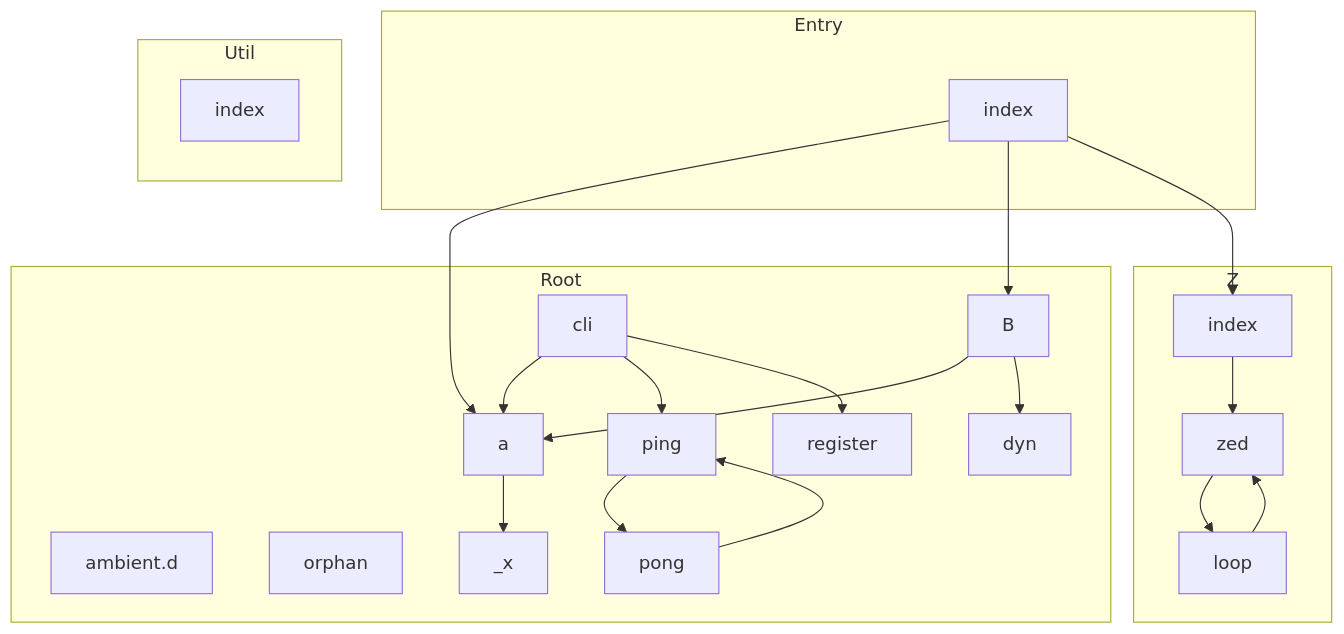
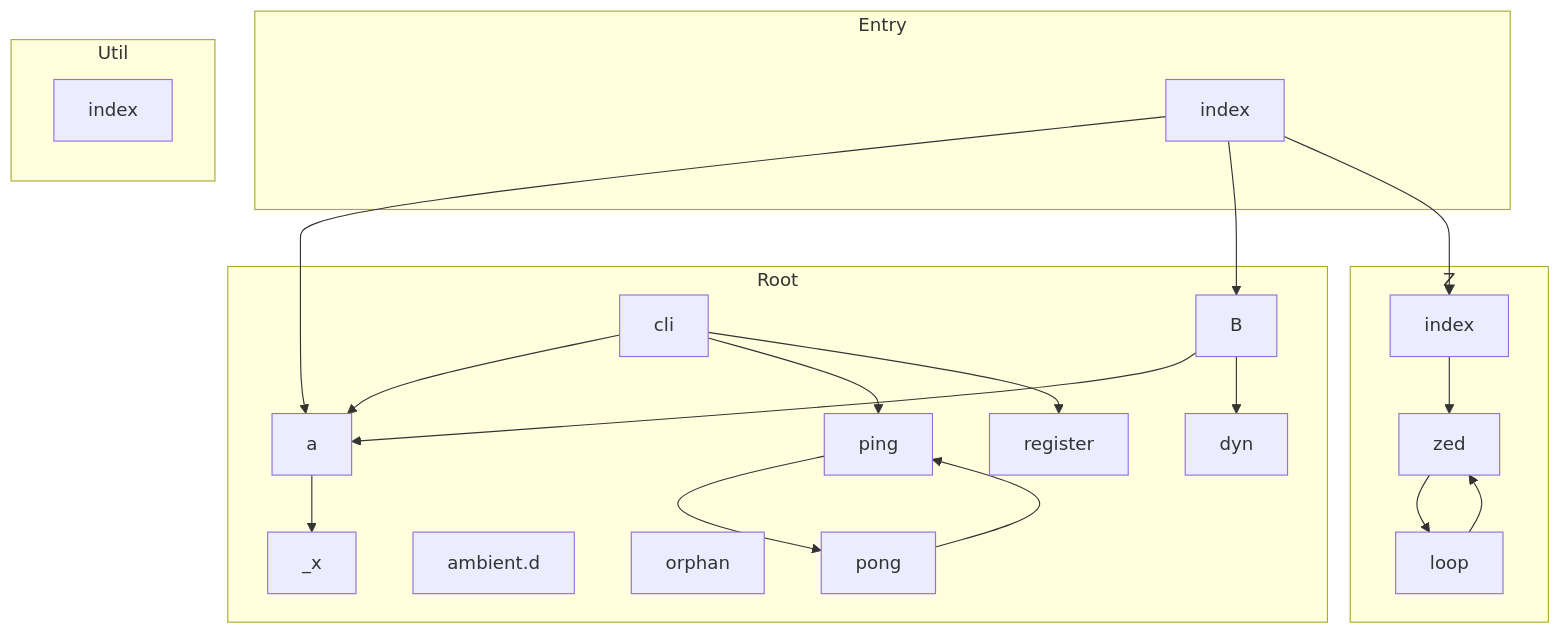
One commit to danielsimonjr/repo-tools changed the diagram in tests/golden/depgraph/mini-repo/default/DEPENDENCY_GRAPH.md. Above: the diagram before and after it, drawn with Mermaid. The commit also changed other lines of this file and 18 other files, not shown here.

````diff
--- a/tests/golden/depgraph/mini-repo/default/DEPENDENCY_GRAPH.md
+++ b/tests/golden/depgraph/mini-repo/default/DEPENDENCY_GRAPH.md
@@ -261,44 +261,44 @@
 ```mermaid
 graph TD
     subgraph Root
-        N0[a]
-        N1[ambient.d]
-        N2[B]
-        N3[cli]
-        N4[dyn]
-        N5[orphan]
-        N6[ping]
-        N7[pong]
-        N8[register]
-        N9[_x]
+        N0[B]
+        N1[_x]
+        N2[a]
+        N3[ambient.d]
+        N4[cli]
+        N5[dyn]
+        N6[orphan]
+        N7[ping]
+        N8[pong]
+        N9[register]
+    end
+
+    subgraph Z
+        N10[index]
+        N11[loop]
+        N12[zed]
     end
 
     subgraph Entry
-        N10[index]
+        N13[index]
     end
 
     subgraph Util
-        N11[index]
+        N14[index]
     end
 
-    subgraph Z
-        N12[index]
-        N13[loop]
-        N14[zed]
-    end
-
-    N0 --> N9
-    N2 --> N0
-    N2 --> N4
-    N3 --> N0
-    N3 --> N6
-    N3 --> N8
-    N10 --> N0
-    N10 --> N2
+    N0 --> N2
+    N0 --> N5
     N10 --> N12
-    N6 --> N7
-    N7 --> N6
-    N12 --> N14
-    N13 --> N14
-    N14 --> N13
+    N11 --> N12
+    N12 --> N11
+    N2 --> N1
+    N4 --> N2
+    N4 --> N7
+    N4 --> N9
+    N13 --> N2
+    N13 --> N0
+    N13 --> N10
+    N7 --> N8
+    N8 --> N7
 ```
````
